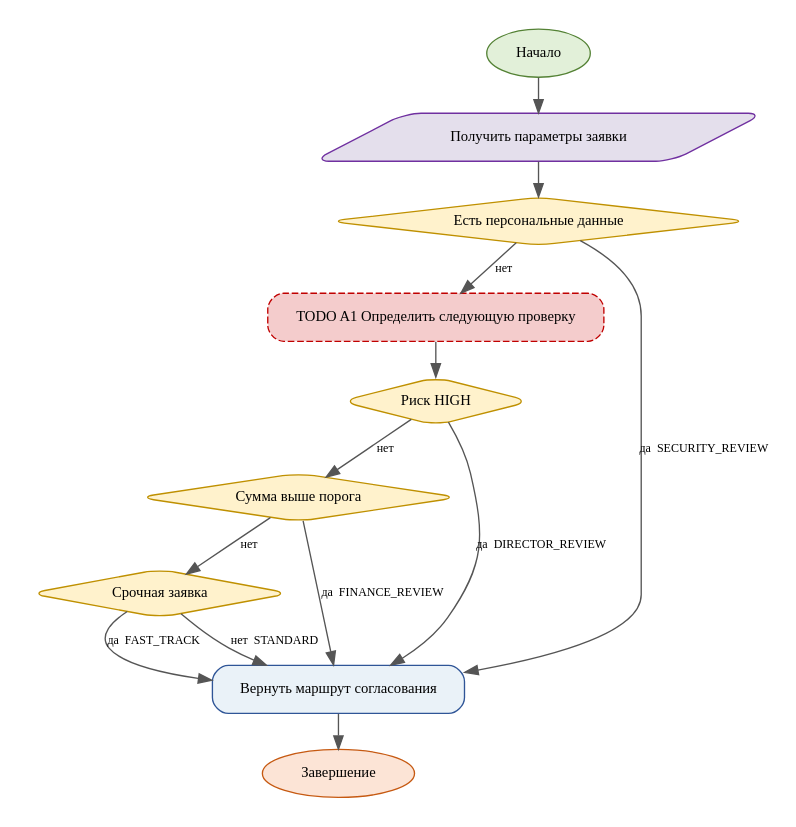
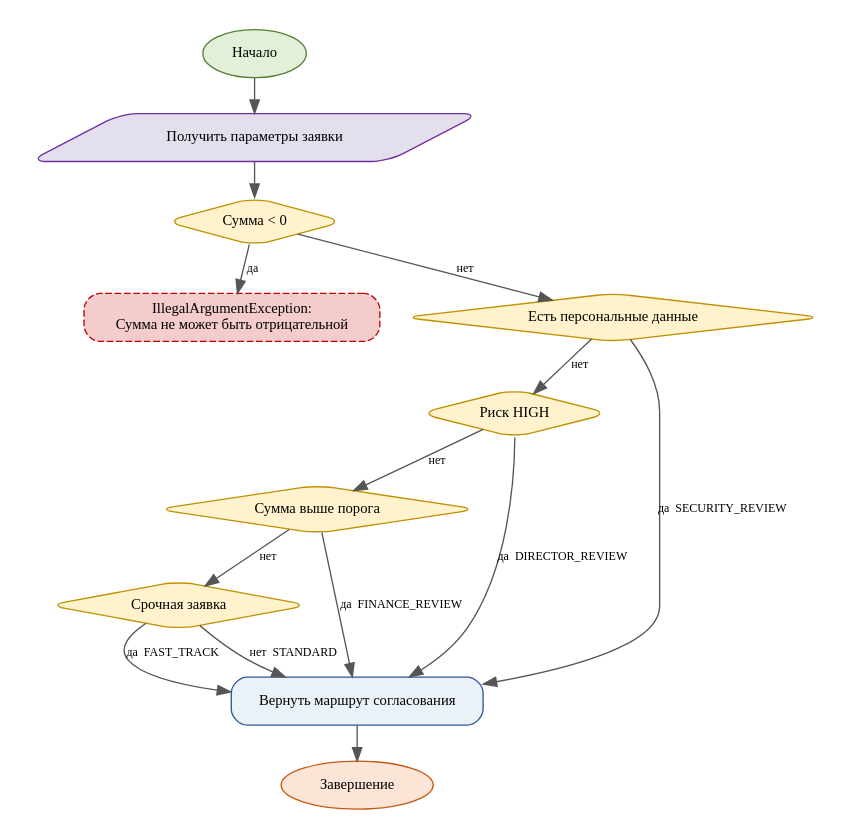
One commit to d1nexer/JavaLearning changed the diagram in PR6/activity_partial.dot. Above: the diagram before and after it, drawn with Graphviz. The commit also changed 2 other files, not shown here.

```diff
--- a/PR6/activity_partial.dot
+++ b/PR6/activity_partial.dot
@@ -1,26 +1,28 @@
 digraph G {
 graph [rankdir=TB, bgcolor="white", pad=0.2, nodesep=0.25, ranksep=0.35];
 node [shape=box, style="rounded,filled", fontname="Times New Roman", fontsize=11, color="#2F5597", fillcolor="#EAF2F8", margin="0.12,0.08"];
 edge [fontname="Times New Roman", fontsize=9, color="#555555"];
 start [label="Начало", shape=oval, fillcolor="#E2F0D9", color="#548235"];
 end [label="Завершение", shape=oval, fillcolor="#FCE4D6", color="#C65911"];
 n1 [label="Получить параметры заявки" ,shape=parallelogram,fillcolor="#E4DFEC",color="#7030A0"];
+n_amount [label="Сумма < 0" ,shape=diamond,fillcolor="#FFF2CC",color="#BF9000"];
+n_exception [label="IllegalArgumentException:\nСумма не может быть отрицательной", fillcolor="#F4CCCC",color="#C00000",style="rounded,dashed,filled"];
 n2 [label="Есть персональные данные" ,shape=diamond,fillcolor="#FFF2CC",color="#BF9000"];
-n3 [label="TODO A1 Определить следующую проверку" ,fillcolor="#F4CCCC",color="#C00000",style="rounded,dashed,filled"];
 n4 [label="Риск HIGH" ,shape=diamond,fillcolor="#FFF2CC",color="#BF9000"];
 n5 [label="Сумма выше порога" ,shape=diamond,fillcolor="#FFF2CC",color="#BF9000"];
 n6 [label="Срочная заявка" ,shape=diamond,fillcolor="#FFF2CC",color="#BF9000"];
 n7 [label="Вернуть маршрут согласования" ];
 start -> n1;
-n1 -> n2;
+n1 -> n_amount;
+n_amount -> n_exception [label="да"];
+n_amount -> n2 [label="нет"];
 n2 -> n7 [label="да  SECURITY_REVIEW"];
-n2 -> n3 [label="нет"];
-n3 -> n4;
+n2 -> n4 [label="нет"];
 n4 -> n7 [label="да  DIRECTOR_REVIEW"];
 n4 -> n5 [label="нет"];
 n5 -> n7 [label="да  FINANCE_REVIEW"];
 n5 -> n6 [label="нет"];
 n6 -> n7 [label="да  FAST_TRACK"];
 n6 -> n7 [label="нет  STANDARD"];
 n7 -> end;
 }
```
